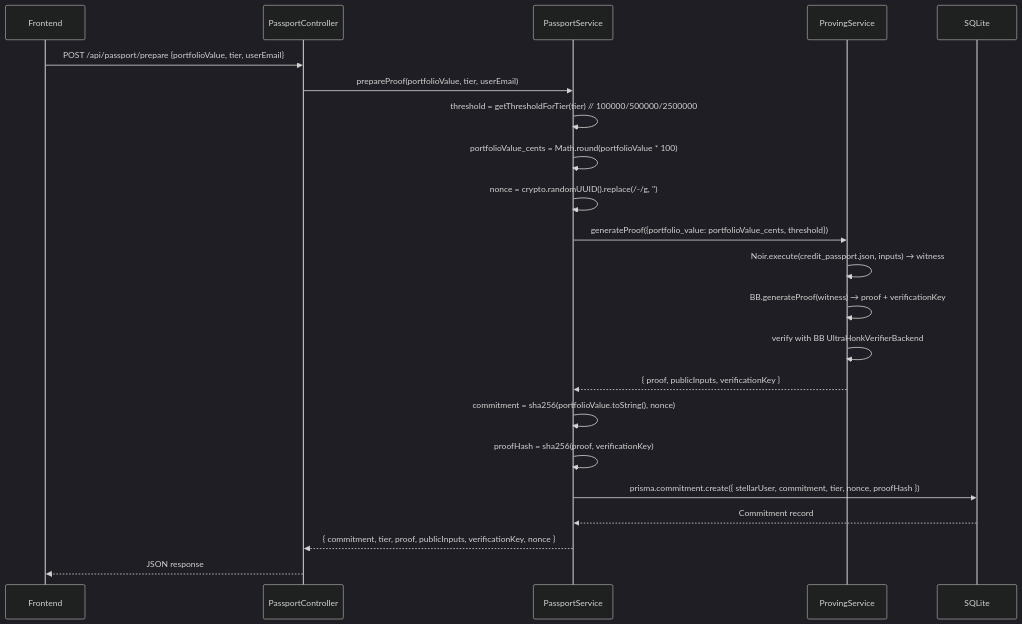
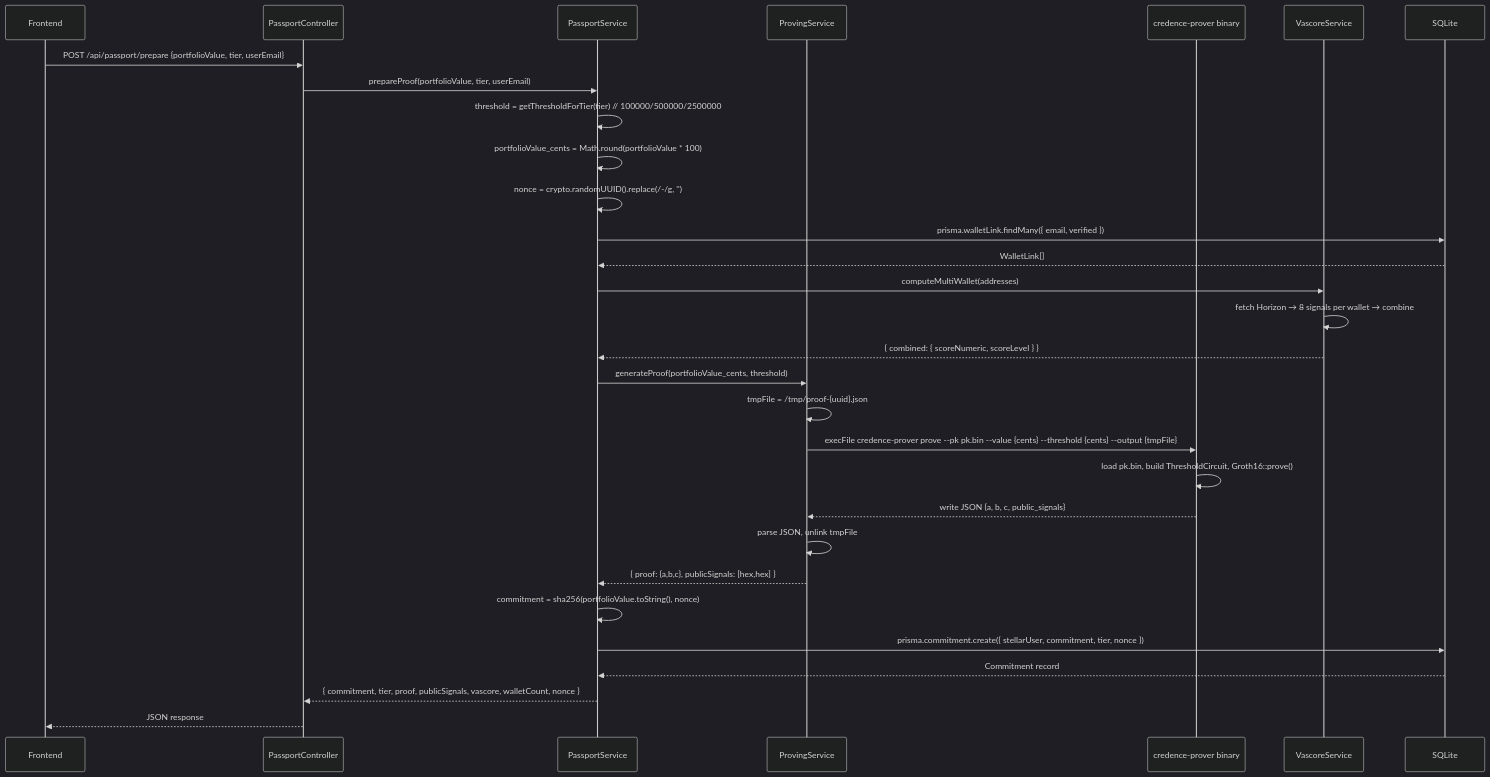
Before and after one commit to calebomondi/Credence: the fourth of 7 diagrams in backend/README.md, drawn with Mermaid (dark theme). The commit also changed other lines of this file, not shown here.

Commit message:
Update README.md to reflect Groth16 ZK proof generation and ProvingService enhancements

````diff
--- a/backend/README.md
+++ b/backend/README.md
@@ -169,25 +177,37 @@
 ```mermaid
 sequenceDiagram
   participant F as Frontend
   participant PAC as PassportController
   participant PAS as PassportService
   participant PRS as ProvingService
+  participant PRV as credence-prover binary
+  participant VS as VascoreService
   participant DB as SQLite
 
   F->>PAC: POST /api/passport/prepare {portfolioValue, tier, userEmail}
   PAC->>PAS: prepareProof(portfolioValue, tier, userEmail)
   PAS->>PAS: threshold = getThresholdForTier(tier) // 100000/500000/2500000
   PAS->>PAS: portfolioValue_cents = Math.round(portfolioValue * 100)
   PAS->>PAS: nonce = crypto.randomUUID().replace(/-/g, '')
-  PAS->>PRS: generateProof({portfolio_value: portfolioValue_cents, threshold})
-  PRS->>PRS: Noir.execute(credit_passport.json, inputs) → witness
-  PRS->>PRS: BB.generateProof(witness) → proof + verificationKey
-  PRS->>PRS: verify with BB UltraHonkVerifierBackend
-  PRS-->>PAS: { proof, publicInputs, verificationKey }
+
+  PAS->>DB: prisma.walletLink.findMany({ email, verified })
+  DB-->>PAS: WalletLink[]
+  PAS->>VS: computeMultiWallet(addresses)
+  VS->>VS: fetch Horizon → 8 signals per wallet → combine
+  VS-->>PAS: { combined: { scoreNumeric, scoreLevel } }
+
+  PAS->>PRS: generateProof(portfolioValue_cents, threshold)
+  PRS->>PRS: tmpFile = /tmp/proof-{uuid}.json
+  PRS->>PRV: execFile credence-prover prove --pk pk.bin --value {cents} --threshold {cents} --output {tmpFile}
+  PRV->>PRV: load pk.bin, build ThresholdCircuit, Groth16::prove()
+  PRV-->>PRS: write JSON {a, b, c, public_signals}
+  PRS->>PRS: parse JSON, unlink tmpFile
+  PRS-->>PAS: { proof: {a,b,c}, publicSignals: [hex,hex] }
+
   PAS->>PAS: commitment = sha256(portfolioValue.toString(), nonce)
-  PAS->>PAS: proofHash = sha256(proof, verificationKey)
-  PAS->>DB: prisma.commitment.create({ stellarUser, commitment, tier, nonce, proofHash })
+  PAS->>DB: prisma.commitment.create({ stellarUser, commitment, tier, nonce })
   DB-->>PAS: Commitment record
-  PAS-->>PAC: { commitment, tier, proof, publicInputs, verificationKey, nonce }
+
+  PAS-->>PAC: { commitment, tier, proof, publicSignals, vascore, walletCount, nonce }
   PAC-->>F: JSON response
 ```
````
